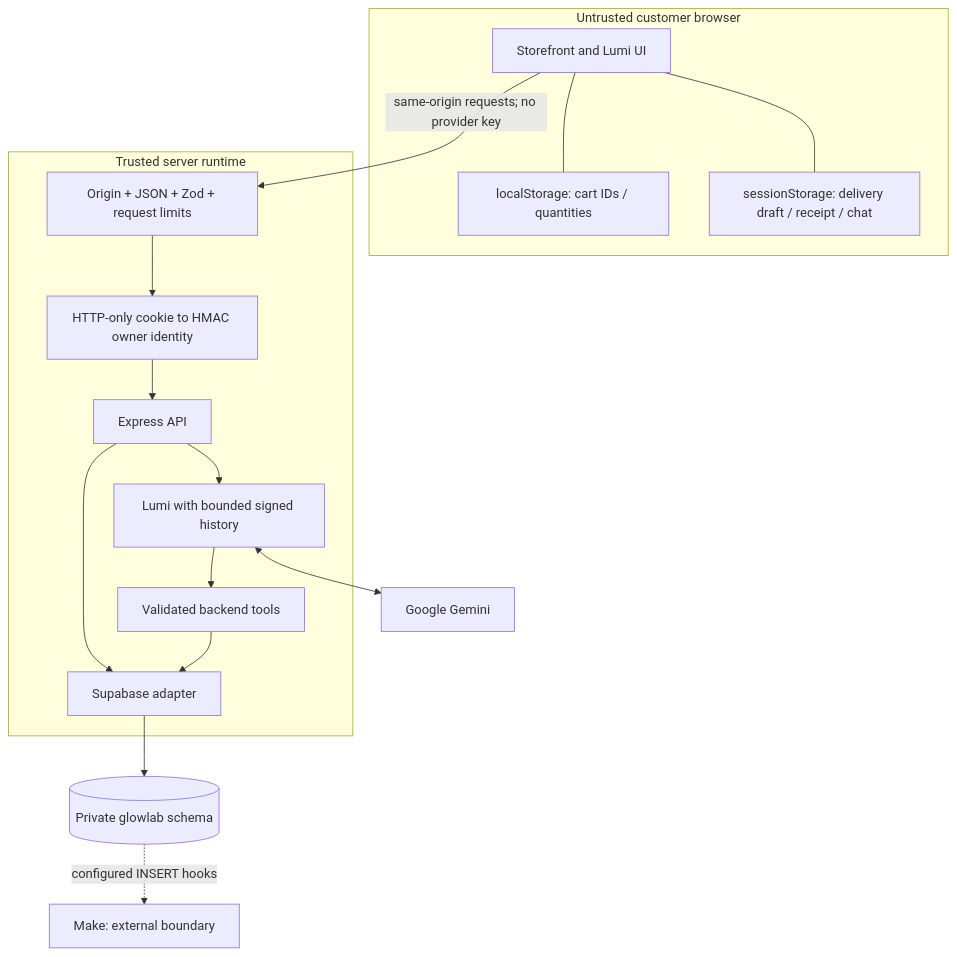
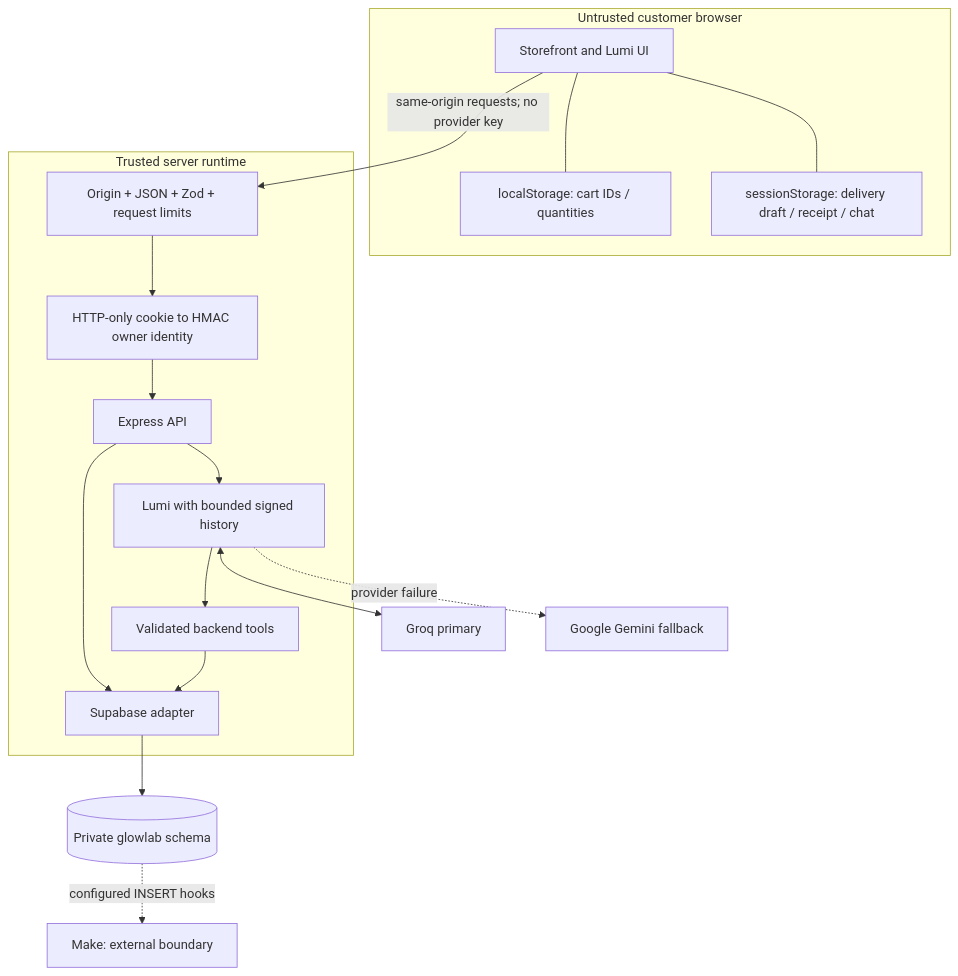
The first of 3 diagrams in docs/architecture.md (reedahadedayo-ux/glow-lab), drawn with Mermaid before and after one commit. The commit also changed other lines of this file and 31 other files, not shown here.

````diff
--- a/docs/architecture.md
+++ b/docs/architecture.md
@@ -25,26 +25,27 @@
 ```mermaid
 flowchart TB
     subgraph Browser[Untrusted customer browser]
         Pages[Storefront and Lumi UI]
         Local[localStorage: cart IDs / quantities]
         Session[sessionStorage: delivery draft / receipt / chat]
         Pages --- Local
         Pages --- Session
     end
     subgraph Backend[Trusted server runtime]
         Guard[Origin + JSON + Zod + request limits]
         Owner[HTTP-only cookie to HMAC owner identity]
         Routes[Express API]
         AI[Lumi with bounded signed history]
         Tools[Validated backend tools]
         Adapter[Supabase adapter]
     end
     Pages -->|same-origin requests; no provider key| Guard
     Guard --> Owner --> Routes
     Routes --> Adapter
     Routes --> AI
-    AI <--> Gemini[Google Gemini]
+    AI <--> Groq[Groq primary]
+    AI -. provider failure .-> Gemini[Google Gemini fallback]
     AI --> Tools --> Adapter
     Adapter --> DB[(Private glowlab schema)]
     DB -. configured INSERT hooks .-> Make[Make: external boundary]
 ```
````
